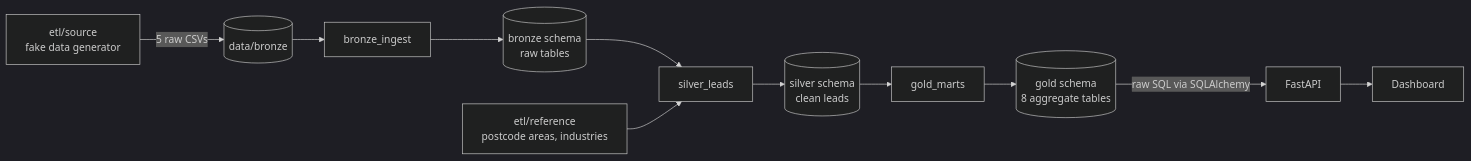
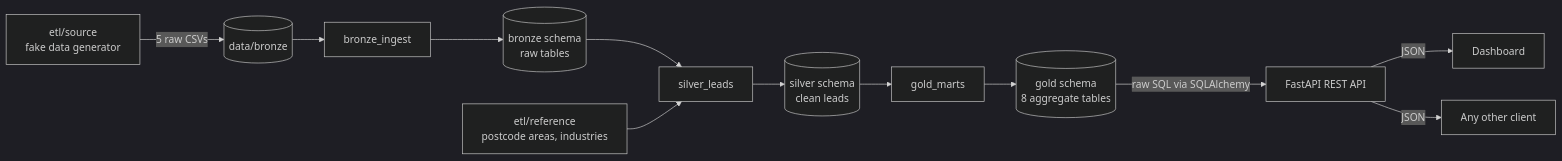
The diagram in README.md (Huz4y1/marketing-engine), drawn with Mermaid (dark theme) before and after one commit. The commit also changed other lines of this file and 3 other files, not shown here.

````diff
--- a/README.md
+++ b/README.md
@@ -11,13 +11,14 @@
 ```mermaid
 flowchart LR
     S[etl/source<br/>fake data generator] -->|5 raw CSVs| L[(data/bronze)]
     L --> B[bronze_ingest]
     B --> BZ[(bronze schema<br/>raw tables)]
     BZ --> SL[silver_leads]
     R[etl/reference<br/>postcode areas, industries] --> SL
     SL --> SV[(silver schema<br/>clean leads)]
     SV --> G[gold_marts]
     G --> GD[(gold schema<br/>8 aggregate tables)]
-    GD -->|raw SQL via SQLAlchemy| A[FastAPI]
-    A --> D[Dashboard]
+    GD -->|raw SQL via SQLAlchemy| A[FastAPI REST API]
+    A -->|JSON| D[Dashboard]
+    A -->|JSON| C[Any other client]
 ```
````
